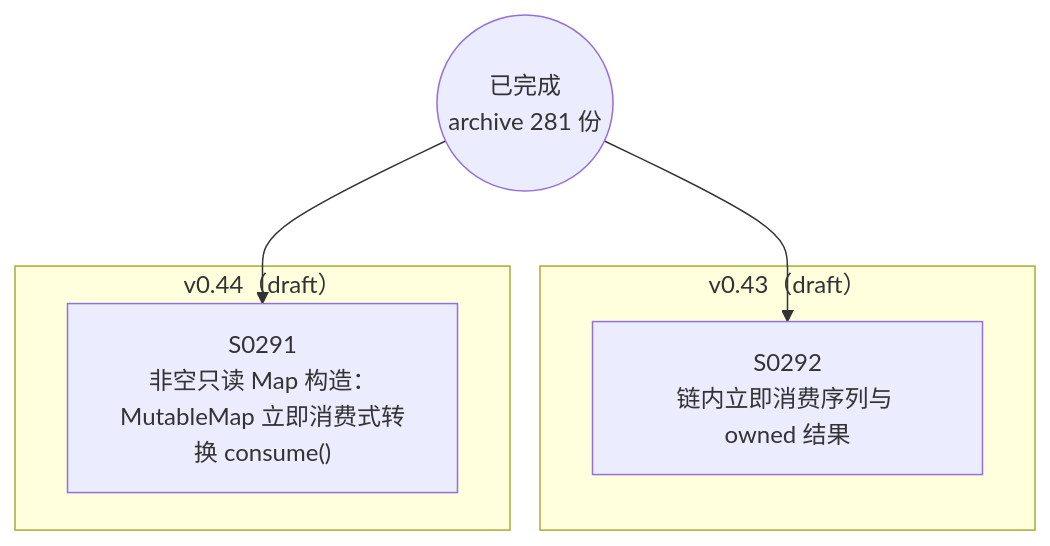
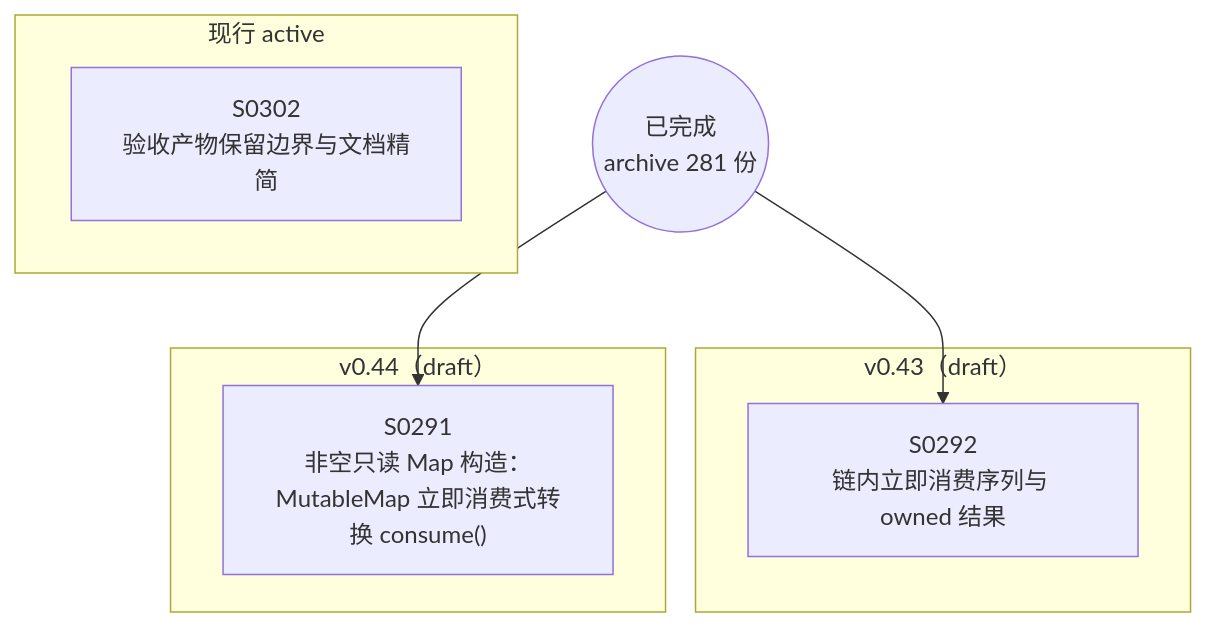
Before and after one commit to Halckon/Koven: the diagram in docs/specs/dependency-graph.md, drawn with Mermaid. The commit also changed other lines of this file and 1788 other files, not shown here.

````diff
--- a/docs/specs/dependency-graph.md
+++ b/docs/specs/dependency-graph.md
@@ -9,12 +9,15 @@
 ```mermaid
 flowchart TD
 ARCH(("已完成<br/>archive 281 份"))
+subgraph Gactive["现行 active"]
+  S0302["S0302<br/>验收产物保留边界与文档精简"]
+end
 subgraph Gdrafts_v043["v0.43（draft）"]
   S0292["S0292<br/>链内立即消费序列与 owned 结果"]
 end
 subgraph Gdrafts_v044["v0.44（draft）"]
   S0291["S0291<br/>非空只读 Map 构造：MutableMap 立即消费式转换 consume()"]
 end
 ARCH --> S0291
 ARCH --> S0292
 ```
````
